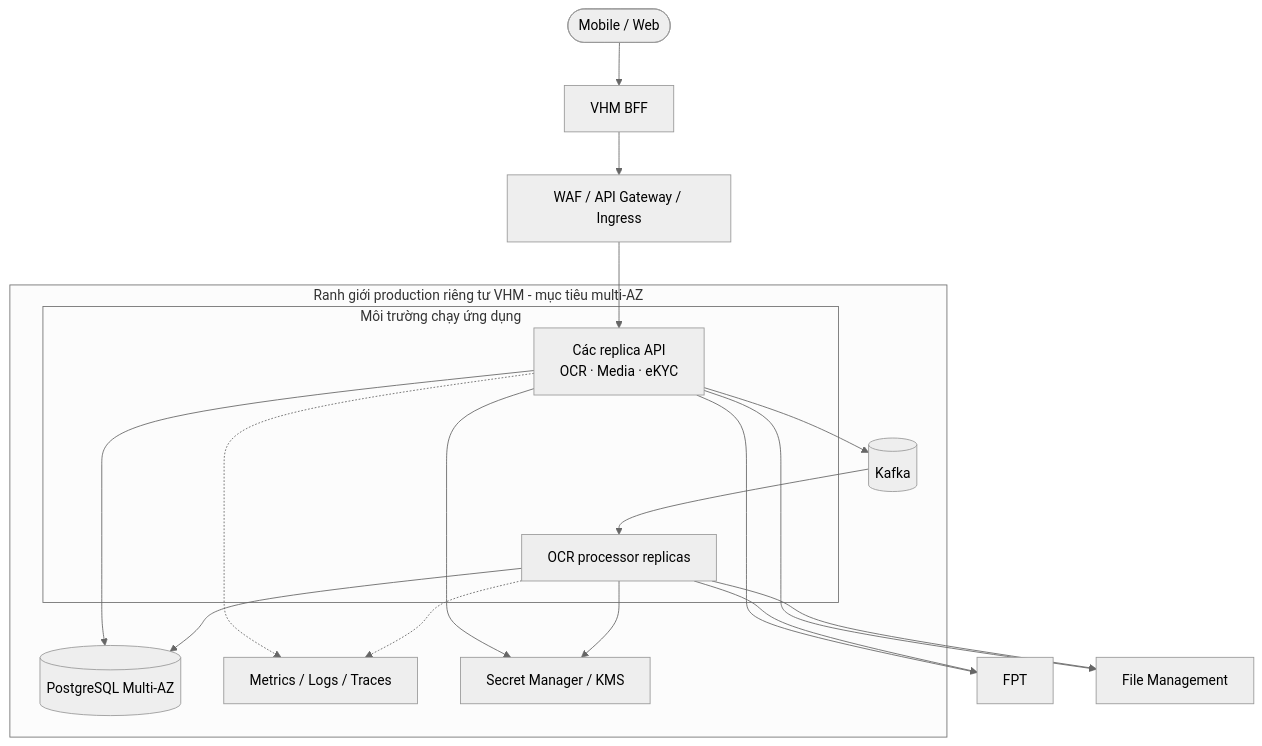
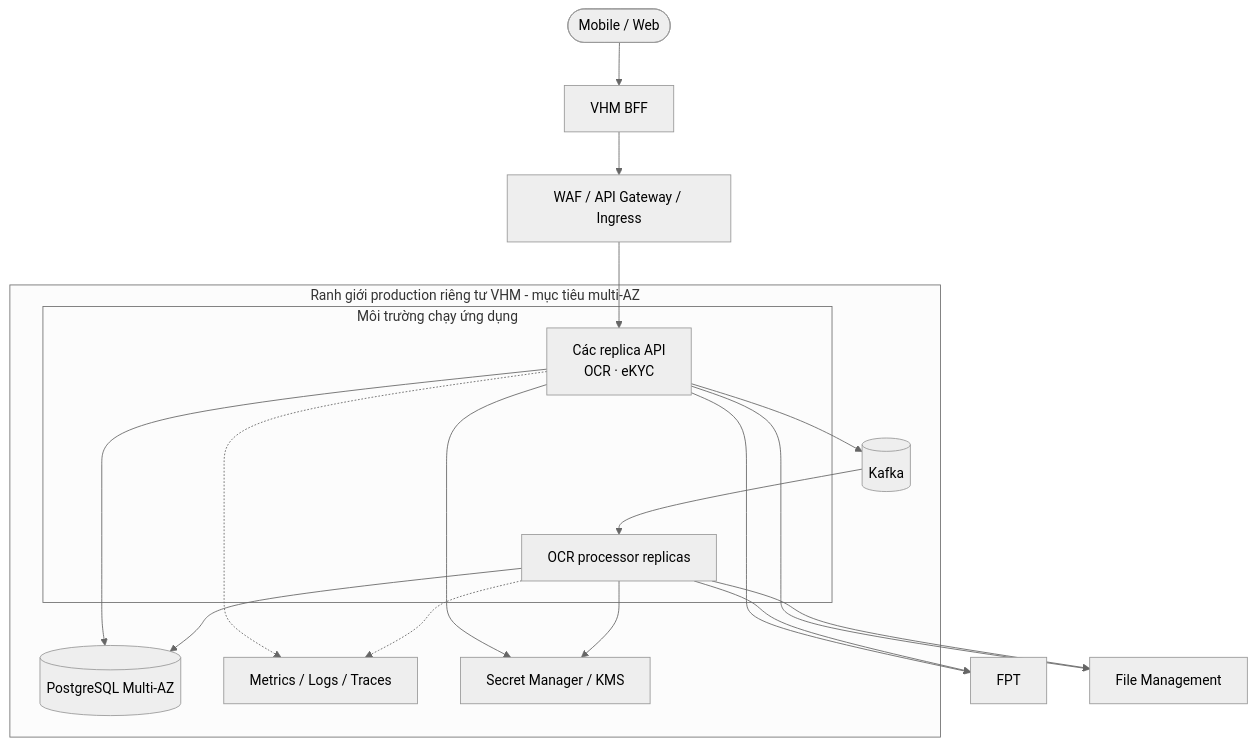
Diagram 12 of 12 in tdd-ocr-ekyc.md (huynv-xyz/vhm), drawn with Mermaid (neutral theme) before and after one commit. The commit also changed other lines of this file, not shown here.

````diff
--- a/tdd-ocr-ekyc.md
+++ b/tdd-ocr-ekyc.md
@@ -1120,32 +1146,32 @@
 ```mermaid
 flowchart TB
     CHANNEL([Mobile / Web])
     BFF[VHM BFF]
     EDGE[WAF / API Gateway / Ingress]
     PROVIDERS[FPT]
     FILE[File Management]
 
     subgraph VPC[Ranh giới production riêng tư VHM - mục tiêu multi-AZ]
         subgraph EKS[Môi trường chạy ứng dụng]
-            API[Các replica API<br/>OCR · Media · eKYC]
+            API[Các replica API<br/>OCR · eKYC]
             WORKER[OCR processor replicas]
         end
         DB[(PostgreSQL Multi-AZ)]
         KAFKA[(Kafka)]
         OBS[Metrics / Logs / Traces]
         SECRET[Secret Manager / KMS]
     end
 
     CHANNEL --> BFF --> EDGE --> API
     API --> DB
     API --> KAFKA --> WORKER
     WORKER --> DB
     API --> FILE
     WORKER --> FILE
     API --> PROVIDERS
     WORKER --> PROVIDERS
     API --> SECRET
     WORKER --> SECRET
     API -.-> OBS
     WORKER -.-> OBS
 ```
````
